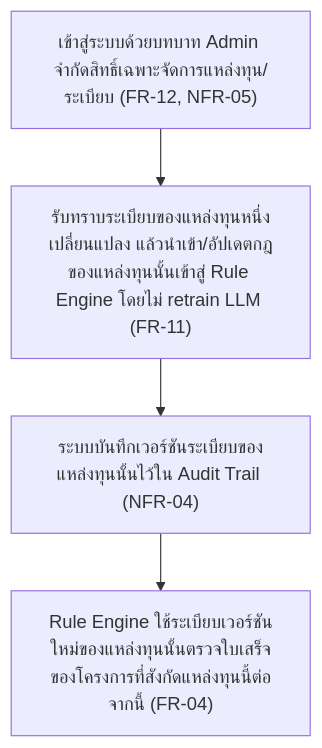
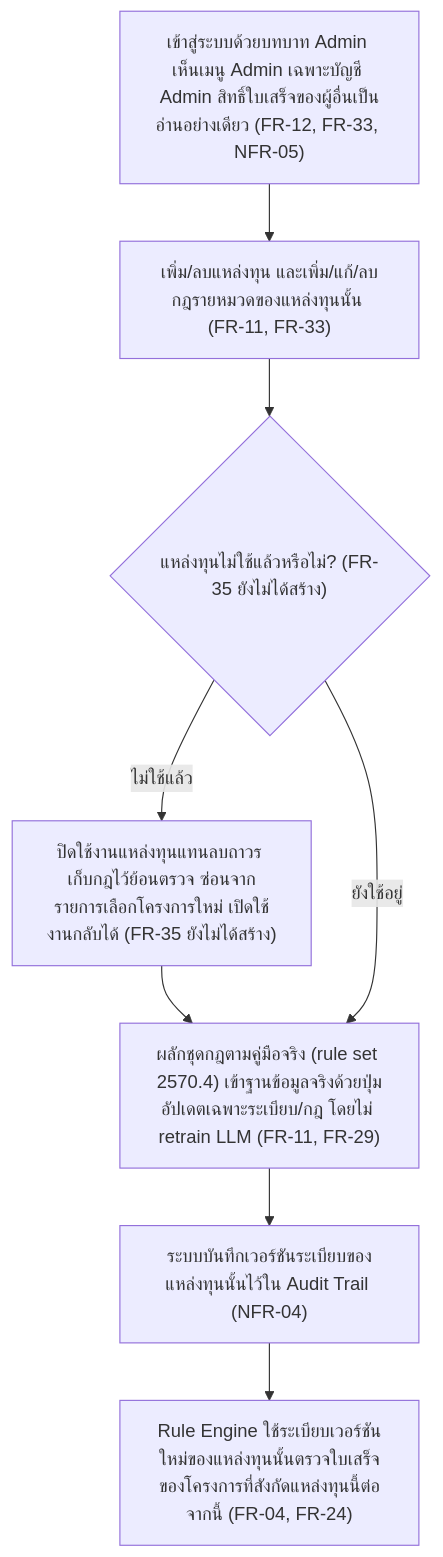
The fourth of 10 diagrams in docs/02-design/user-journey.md (ptrsswnr/Grant-Receipt-Assistant), drawn with Mermaid before and after one commit. The commit also changed other lines of this file and 28 other files, not shown here.

````diff
--- a/docs/02-design/user-journey.md
+++ b/docs/02-design/user-journey.md
@@ -199,9 +270,15 @@
 ```mermaid
 flowchart TD
-    A["เข้าสู่ระบบด้วยบทบาท Admin จำกัดสิทธิ์เฉพาะจัดการแหล่งทุน/ระเบียบ (FR-12, NFR-05)"]
-    B["รับทราบระเบียบของแหล่งทุนหนึ่งเปลี่ยนแปลง แล้วนำเข้า/อัปเดตกฎของแหล่งทุนนั้นเข้าสู่ Rule Engine โดยไม่ retrain LLM (FR-11)"]
+    A["เข้าสู่ระบบด้วยบทบาท Admin เห็นเมนู Admin เฉพาะบัญชี Admin สิทธิ์ใบเสร็จของผู้อื่นเป็นอ่านอย่างเดียว (FR-12, FR-33, NFR-05)"]
+    B["เพิ่ม/ลบแหล่งทุน และเพิ่ม/แก้/ลบกฎรายหมวดของแหล่งทุนนั้น (FR-11, FR-33)"]
+    B1{"แหล่งทุนไม่ใช้แล้วหรือไม่? (FR-35 ยังไม่ได้สร้าง)"}
+    B3["ปิดใช้งานแหล่งทุนแทนลบถาวร เก็บกฎไว้ย้อนตรวจ ซ่อนจากรายการเลือกโครงการใหม่ เปิดใช้งานกลับได้ (FR-35 ยังไม่ได้สร้าง)"]
+    B2["ผลักชุดกฎตามคู่มือจริง (rule set 2570.4) เข้าฐานข้อมูลจริงด้วยปุ่มอัปเดตเฉพาะระเบียบ/กฎ โดยไม่ retrain LLM (FR-11, FR-29)"]
     C["ระบบบันทึกเวอร์ชันระเบียบของแหล่งทุนนั้นไว้ใน Audit Trail (NFR-04)"]
-    D["Rule Engine ใช้ระเบียบเวอร์ชันใหม่ของแหล่งทุนนั้นตรวจใบเสร็จของโครงการที่สังกัดแหล่งทุนนี้ต่อจากนี้ (FR-04)"]
+    D["Rule Engine ใช้ระเบียบเวอร์ชันใหม่ของแหล่งทุนนั้นตรวจใบเสร็จของโครงการที่สังกัดแหล่งทุนนี้ต่อจากนี้ (FR-04, FR-24)"]
 
-    A --> B --> C --> D
+    A --> B --> B1
+    B1 -->|ไม่ใช้แล้ว| B3 --> B2
+    B1 -->|ยังใช้อยู่| B2
+    B2 --> C --> D
 ```
````
